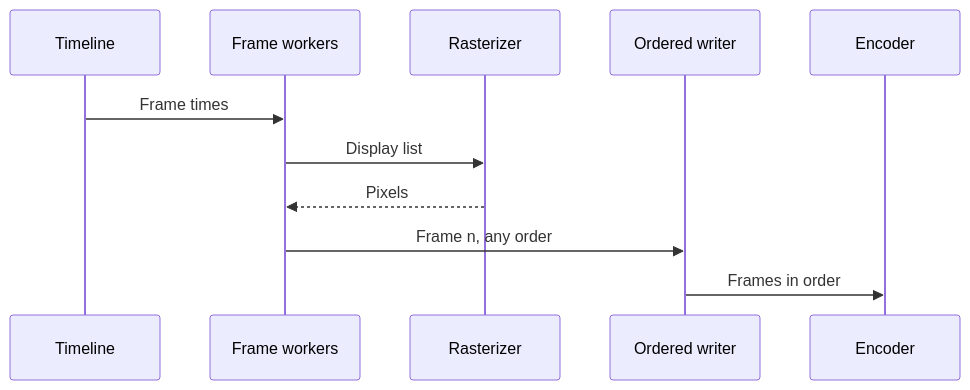
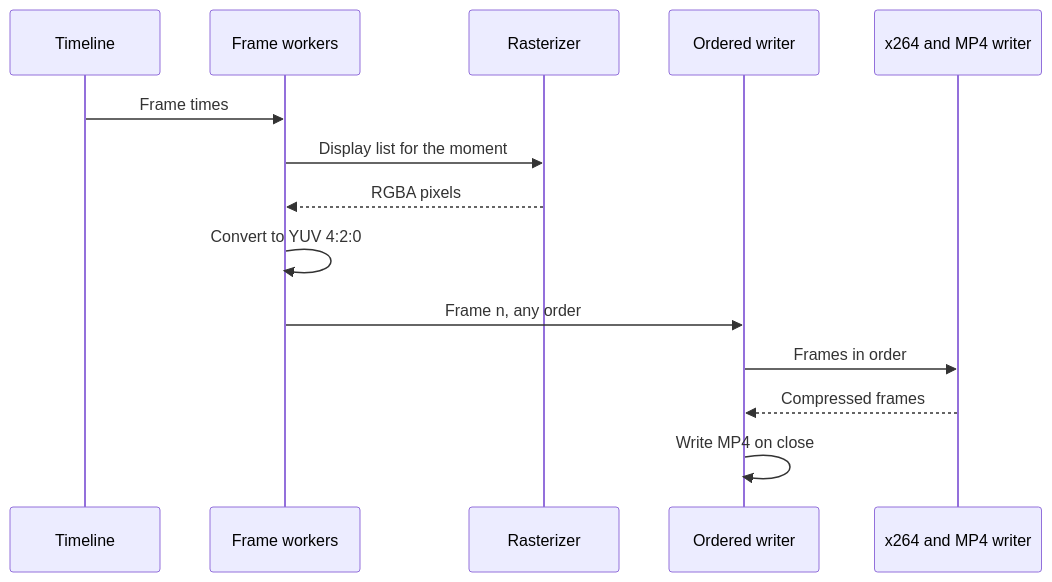
One commit to nessalabs/nessa-video changed the diagram in docs/state/render-pipeline.md. Above: the diagram before and after it, drawn with Mermaid. The commit also changed other lines of this file and 23 other files, not shown here.

````diff
--- a/docs/state/render-pipeline.md
+++ b/docs/state/render-pipeline.md
@@ -29,13 +35,16 @@
 ```mermaid
 sequenceDiagram
     participant Plan as Timeline
     participant Workers as Frame workers
     participant Raster as Rasterizer
     participant Writer as Ordered writer
-    participant Enc as Encoder
+    participant Enc as x264 and MP4 writer
     Plan->>Workers: Frame times
-    Workers->>Raster: Display list
-    Raster-->>Workers: Pixels
+    Workers->>Raster: Display list for the moment
+    Raster-->>Workers: RGBA pixels
+    Workers->>Workers: Convert to YUV 4:2:0
     Workers->>Writer: Frame n, any order
     Writer->>Enc: Frames in order
+    Enc-->>Writer: Compressed frames
+    Writer->>Writer: Write MP4 on close
 ```
````
